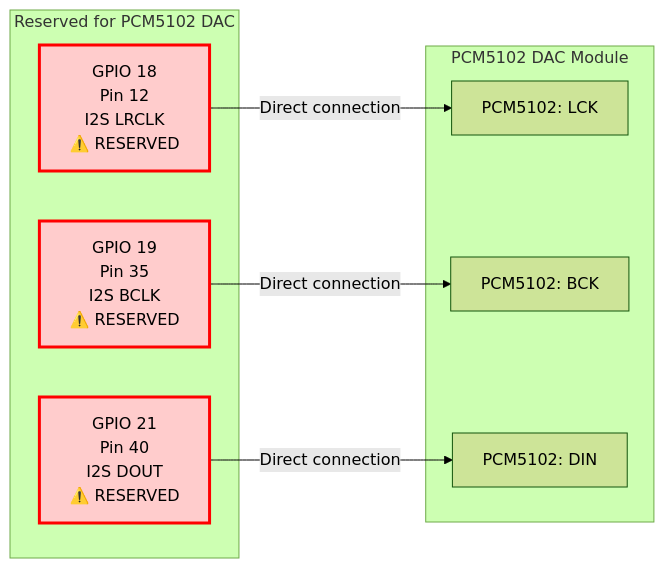
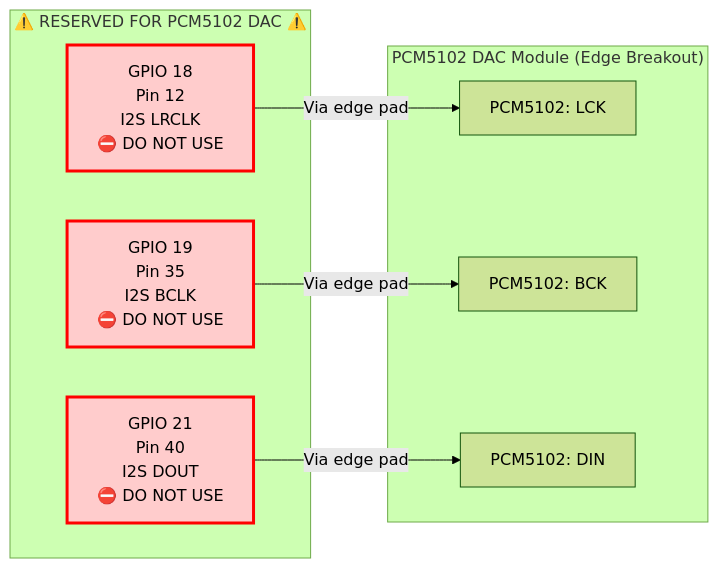
The ninth of 11 diagrams in PCB_SCHEMATIC.md (parkredding/poor-house-dub-v2), drawn with Mermaid (forest theme) before and after one commit. The commit also changed other lines of this file and 1 other file, not shown here.

First line of the commit message:
Update CSV and Mermaid schematics for hybrid PCB design

````diff
--- a/PCB_SCHEMATIC.md
+++ b/PCB_SCHEMATIC.md
@@ -357,22 +430,22 @@
 ```mermaid
 graph LR
-    subgraph "Reserved for PCM5102 DAC"
-        I2S_LRCLK[GPIO 18<br/>Pin 12<br/>I2S LRCLK<br/>⚠️ RESERVED]
-        I2S_BCLK[GPIO 19<br/>Pin 35<br/>I2S BCLK<br/>⚠️ RESERVED]
-        I2S_DOUT[GPIO 21<br/>Pin 40<br/>I2S DOUT<br/>⚠️ RESERVED]
+    subgraph "⚠️ RESERVED FOR PCM5102 DAC ⚠️"
+        I2S_LRCLK[GPIO 18<br/>Pin 12<br/>I2S LRCLK<br/>⛔ DO NOT USE]
+        I2S_BCLK[GPIO 19<br/>Pin 35<br/>I2S BCLK<br/>⛔ DO NOT USE]
+        I2S_DOUT[GPIO 21<br/>Pin 40<br/>I2S DOUT<br/>⛔ DO NOT USE]
     end
 
-    subgraph "PCM5102 DAC Module"
+    subgraph "PCM5102 DAC Module (Edge Breakout)"
         DAC_LCK[PCM5102: LCK]
         DAC_BCK[PCM5102: BCK]
         DAC_DIN[PCM5102: DIN]
     end
 
-    I2S_LRCLK -->|Direct connection| DAC_LCK
-    I2S_BCLK -->|Direct connection| DAC_BCK
-    I2S_DOUT -->|Direct connection| DAC_DIN
+    I2S_LRCLK -->|Via edge pad| DAC_LCK
+    I2S_BCLK -->|Via edge pad| DAC_BCK
+    I2S_DOUT -->|Via edge pad| DAC_DIN
 
     style I2S_LRCLK fill:#fcc,stroke:#f00,stroke-width:3px
     style I2S_BCLK fill:#fcc,stroke:#f00,stroke-width:3px
     style I2S_DOUT fill:#fcc,stroke:#f00,stroke-width:3px
 ```
````
